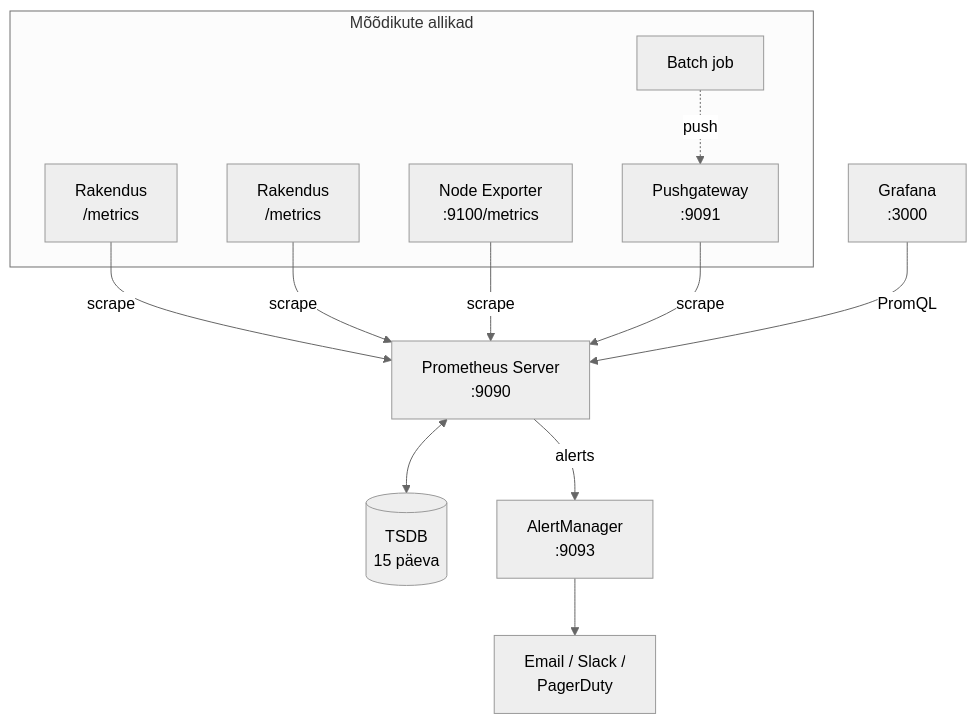
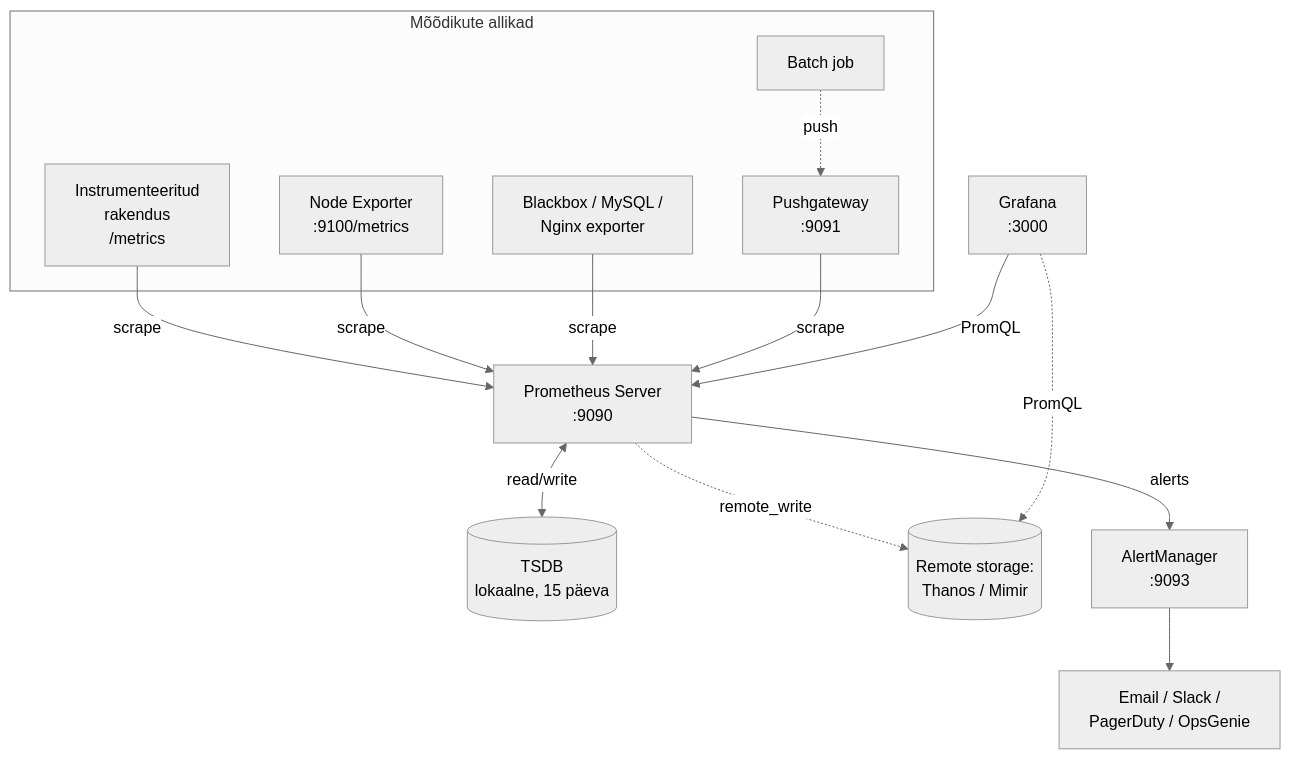
The first of 2 diagrams in docs/materials/lectures/paev1-loeng.md (hkhk-tk/monitoring), drawn with Mermaid (neutral theme) before and after one commit. The commit also changed other lines of this file and 5 other files, not shown here.

````diff
--- a/docs/materials/lectures/paev1-loeng.md
+++ b/docs/materials/lectures/paev1-loeng.md
@@ -97,25 +65,28 @@
 ```mermaid
 flowchart TB
     subgraph Targets["Mõõdikute allikad"]
-        APP1[Rakendus<br>/metrics]
-        APP2[Rakendus<br>/metrics]
+        APP1[Instrumenteeritud<br>rakendus<br>/metrics]
         NODE[Node Exporter<br>:9100/metrics]
+        EXP[Blackbox / MySQL /<br>Nginx exporter]
         BATCH[Batch job] -.->|push| PG[Pushgateway<br>:9091]
     end
 
     PROM[Prometheus Server<br>:9090]
-    TSDB[(TSDB<br>15 päeva)]
+    TSDB[(TSDB<br>lokaalne, 15 päeva)]
+    REMOTE[(Remote storage:<br>Thanos / Mimir)]
     AM[AlertManager<br>:9093]
     GRAF[Grafana<br>:3000]
-    NOTIF[Email / Slack /<br>PagerDuty]
+    NOTIF[Email / Slack /<br>PagerDuty / OpsGenie]
 
     APP1 -->|scrape| PROM
-    APP2 -->|scrape| PROM
     NODE -->|scrape| PROM
+    EXP -->|scrape| PROM
     PG -->|scrape| PROM
 
-    PROM <--> TSDB
+    PROM <-->|read/write| TSDB
+    PROM -.->|remote_write| REMOTE
     PROM -->|alerts| AM
     AM --> NOTIF
     GRAF -->|PromQL| PROM
+    GRAF -.->|PromQL| REMOTE
 ```
````
